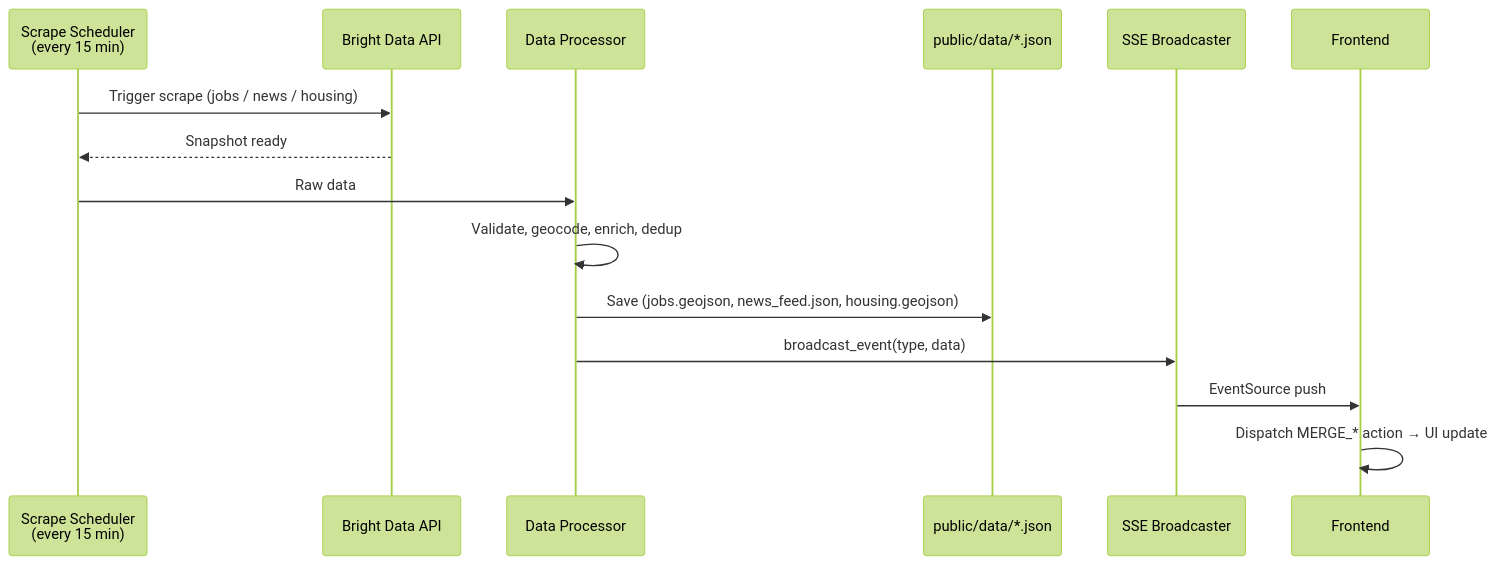
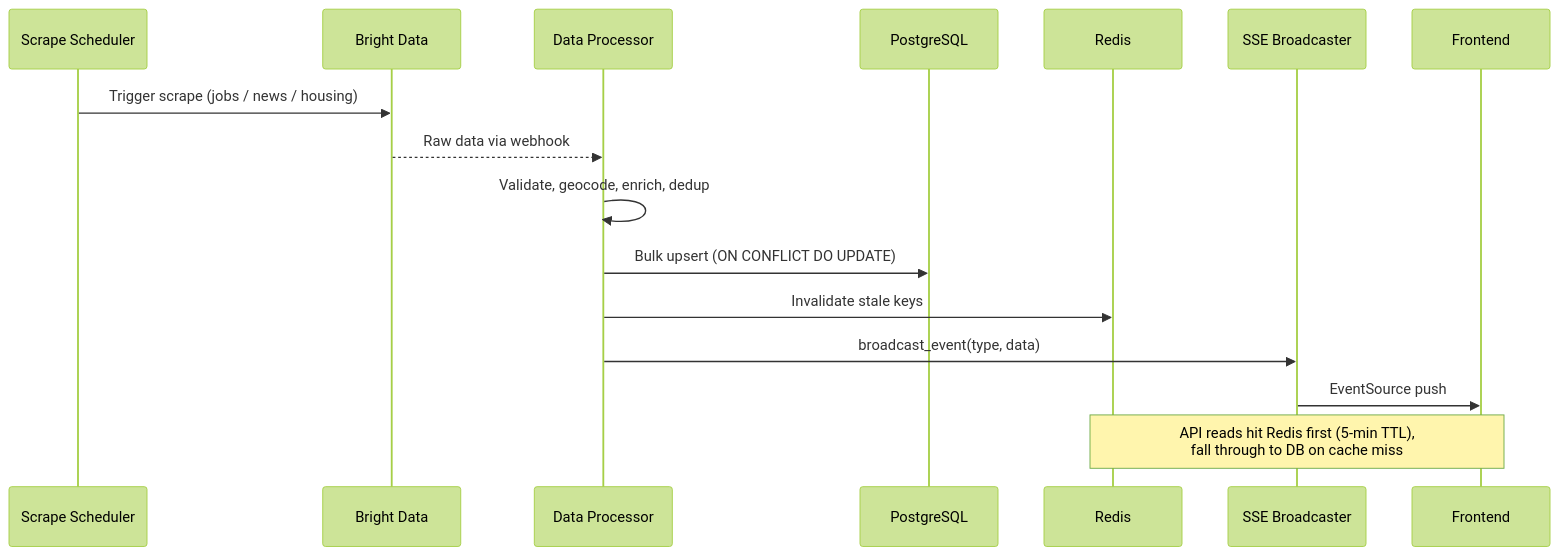
Before and after one commit to h19overflow/citysense: the second of 2 diagrams in README.md, drawn with Mermaid (forest theme). The commit also changed other lines of this file, not shown here.

Commit message:
docs: rewrite README for CitySense — add DB/Redis architecture, update API reference

````diff
--- a/README.md
+++ b/README.md
@@ -49,18 +69,20 @@
 ```mermaid
 sequenceDiagram
-    participant Scheduler as Scrape Scheduler<br/>(every 15 min)
-    participant BD as Bright Data API
-    participant Processor as Data Processor
-    participant Files as public/data/*.json
+    participant Sched as Scrape Scheduler
+    participant BD as Bright Data
+    participant Proc as Data Processor
+    participant DB as PostgreSQL
+    participant Cache as Redis
     participant SSE as SSE Broadcaster
     participant FE as Frontend
 
-    Scheduler->>BD: Trigger scrape (jobs / news / housing)
-    BD-->>Scheduler: Snapshot ready
-    Scheduler->>Processor: Raw data
-    Processor->>Processor: Validate, geocode, enrich, dedup
-    Processor->>Files: Save (jobs.geojson, news_feed.json, housing.geojson)
-    Processor->>SSE: broadcast_event(type, data)
+    Sched->>BD: Trigger scrape (jobs / news / housing)
+    BD-->>Proc: Raw data via webhook
+    Proc->>Proc: Validate, geocode, enrich, dedup
+    Proc->>DB: Bulk upsert (ON CONFLICT DO UPDATE)
+    Proc->>Cache: Invalidate stale keys
+    Proc->>SSE: broadcast_event(type, data)
     SSE->>FE: EventSource push
-    FE->>FE: Dispatch MERGE_* action → UI update
+
+    Note over FE,Cache: API reads hit Redis first (5-min TTL),<br/>fall through to DB on cache miss
 ```
````
